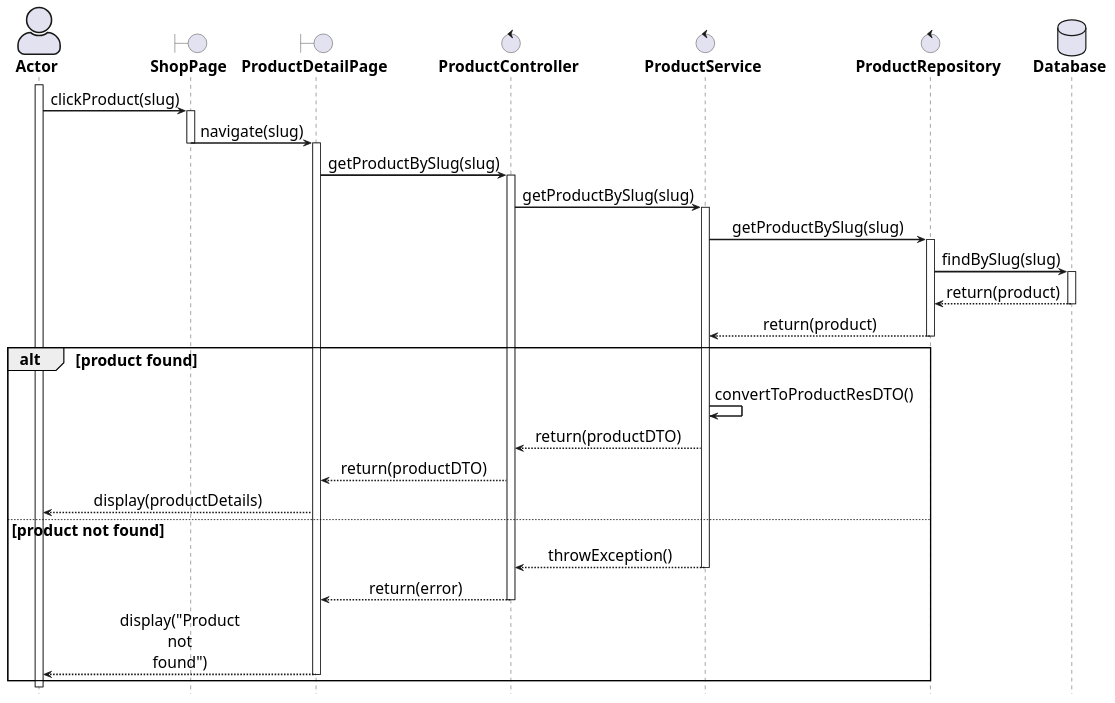
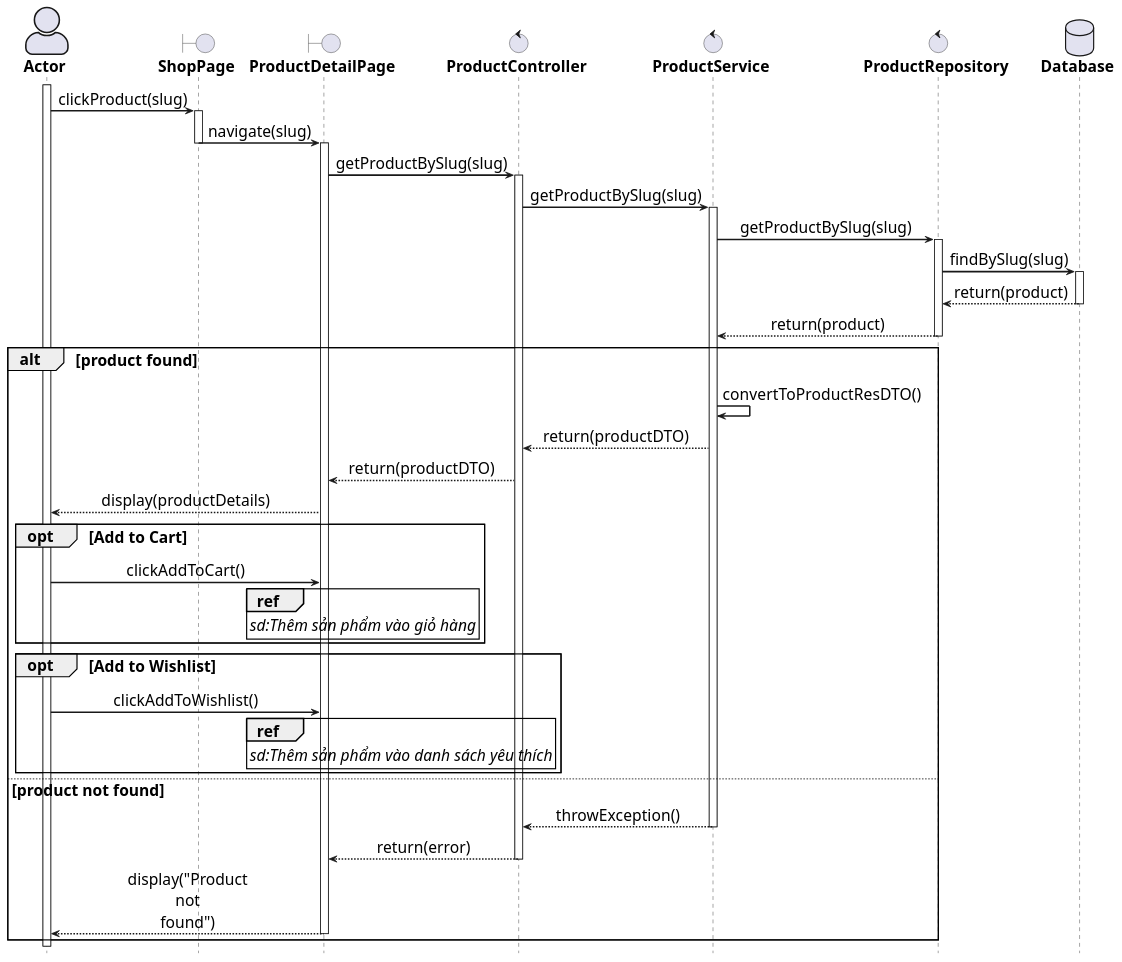
One commit to phuquy-28/clothing-store-spring changed the diagram in docs/sequence-diagram/view-product-detail.pu. Above: the diagram before and after it, drawn with PlantUML. The commit also changed 8 other files, not shown here.

Commit message:
add sequences; update security config

```diff
--- a/docs/sequence-diagram/view-product-detail.pu
+++ b/docs/sequence-diagram/view-product-detail.pu
@@ -1,84 +1,96 @@
 @startuml
 
 ' General configuration
 skinparam defaultFontSize 20
 skinparam maxMessageSize 60
 skinparam sequenceMessageAlign center
 
 ' Actor style configuration
 skinparam actorStyle awesome
 
 ' Arrow and border thickness configuration
 skinparam {
     ArrowThickness 2
     ParticipantBorderThickness 2
     ActorBorderThickness 2
     LifeLineBorderThickness 2
     ActivationBorderThickness 2
 }
 
 ' Life line color configuration
 skinparam LifeLineBorderColor black
 
 ' Font style configuration for components
 skinparam {
     actorFontStyle bold
     boundaryFontStyle bold
     controlFontStyle bold
     entityFontStyle bold
     databaseFontStyle bold
 }
 
 ' Define components
 actor "Actor" as actor
 boundary "ShopPage" as shopPage
 boundary "ProductDetailPage" as detailPage
 control "ProductController" as controller
 control "ProductService" as service
 control "ProductRepository" as repo
 database "Database" as db
 
 ' Start processing flow
 activate actor
 actor -> shopPage: clickProduct(slug)
 activate shopPage
 
 shopPage -> detailPage: navigate(slug)
 deactivate shopPage
 activate detailPage
 
 detailPage -> controller: getProductBySlug(slug)
 activate controller
 
 controller -> service: getProductBySlug(slug)
 activate service
 
 service -> repo: getProductBySlug(slug)
 activate repo
 repo -> db: findBySlug(slug)
 activate db
 db --> repo: return(product)
 deactivate db
 repo --> service: return(product)
 deactivate repo
 
 alt product found
     service -> service: convertToProductResDTO()
     service --> controller: return(productDTO)
     controller --> detailPage: return(productDTO)
     detailPage --> actor: display(productDetails)
+    opt Add to Cart
+        actor -> detailPage: clickAddToCart()
+        ref over detailPage
+            //sd:Thêm sản phẩm vào giỏ hàng//
+        end ref
+    end opt
+    opt Add to Wishlist
+        actor -> detailPage: clickAddToWishlist()
+        ref over detailPage
+            //sd:Thêm sản phẩm vào danh sách yêu thích//
+        end ref
+    end opt
 else product not found
     service --> controller: throwException()
     deactivate service
     controller --> detailPage: return(error)
     deactivate controller
     detailPage --> actor: display("Product not found")
     deactivate detailPage
 end
 
 deactivate service
 deactivate controller
 deactivate detailPage
 
 hide footbox
 @enduml
```
